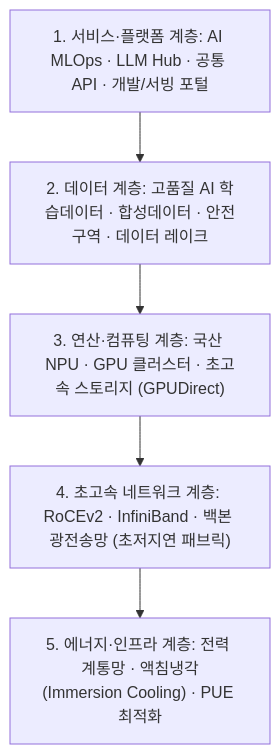
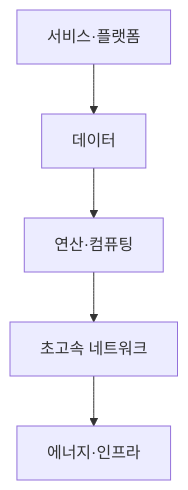
The third of 3 diagrams in src/content/docs/notes/itpe/01-it-strategy/051_ai_highway.md (agnusdei1207/study), drawn with Mermaid before and after one commit. The commit also changed other lines of this file and 19 other files, not shown here.

````diff
--- a/src/content/docs/notes/itpe/01-it-strategy/051_ai_highway.md
+++ b/src/content/docs/notes/itpe/01-it-strategy/051_ai_highway.md
@@ -143,10 +123,4 @@
 ```mermaid
 flowchart TD
-    L1["1. 서비스·플랫폼 계층: AI MLOps · LLM Hub · 공통 API · 개발/서빙 포털"]
-    L2["2. 데이터 계층: 고품질 AI 학습데이터 · 합성데이터 · 안전구역 · 데이터 레이크"]
-    L3["3. 연산·컴퓨팅 계층: 국산 NPU · GPU 클러스터 · 초고속 스토리지 (GPUDirect)"]
-    L4["4. 초고속 네트워크 계층: RoCEv2 · InfiniBand · 백본 광전송망 (초저지연 패브릭)"]
-    L5["5. 에너지·인프라 계층: 전력 계통망 · 액침냉각(Immersion Cooling) · PUE 최적화"]
-
-    L1 --> L2 --> L3 --> L4 --> L5
+    L1["서비스·플랫폼"] --> L2["데이터"] --> L3["연산·컴퓨팅"] --> L4["초고속 네트워크"] --> L5["에너지·인프라"]
 ```
````
